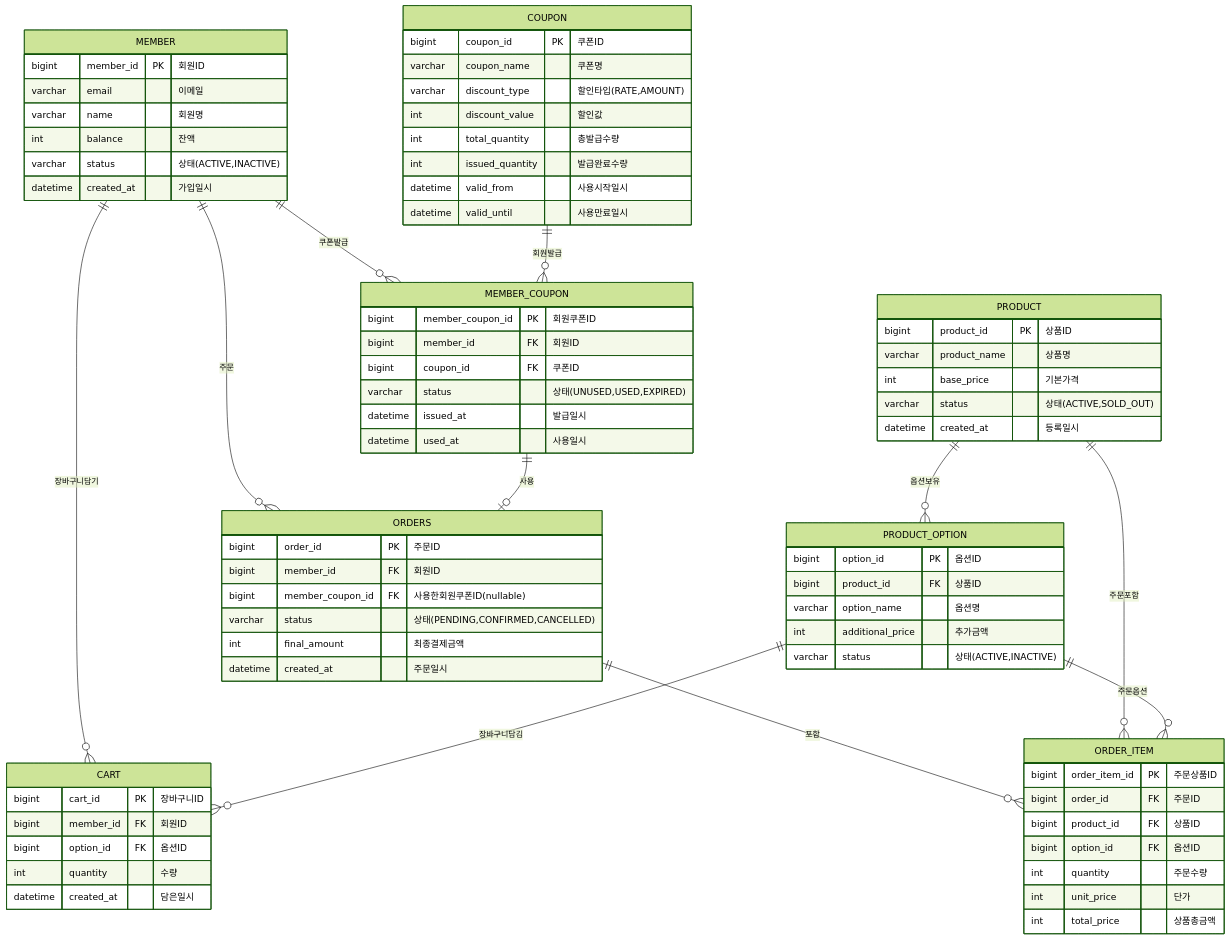
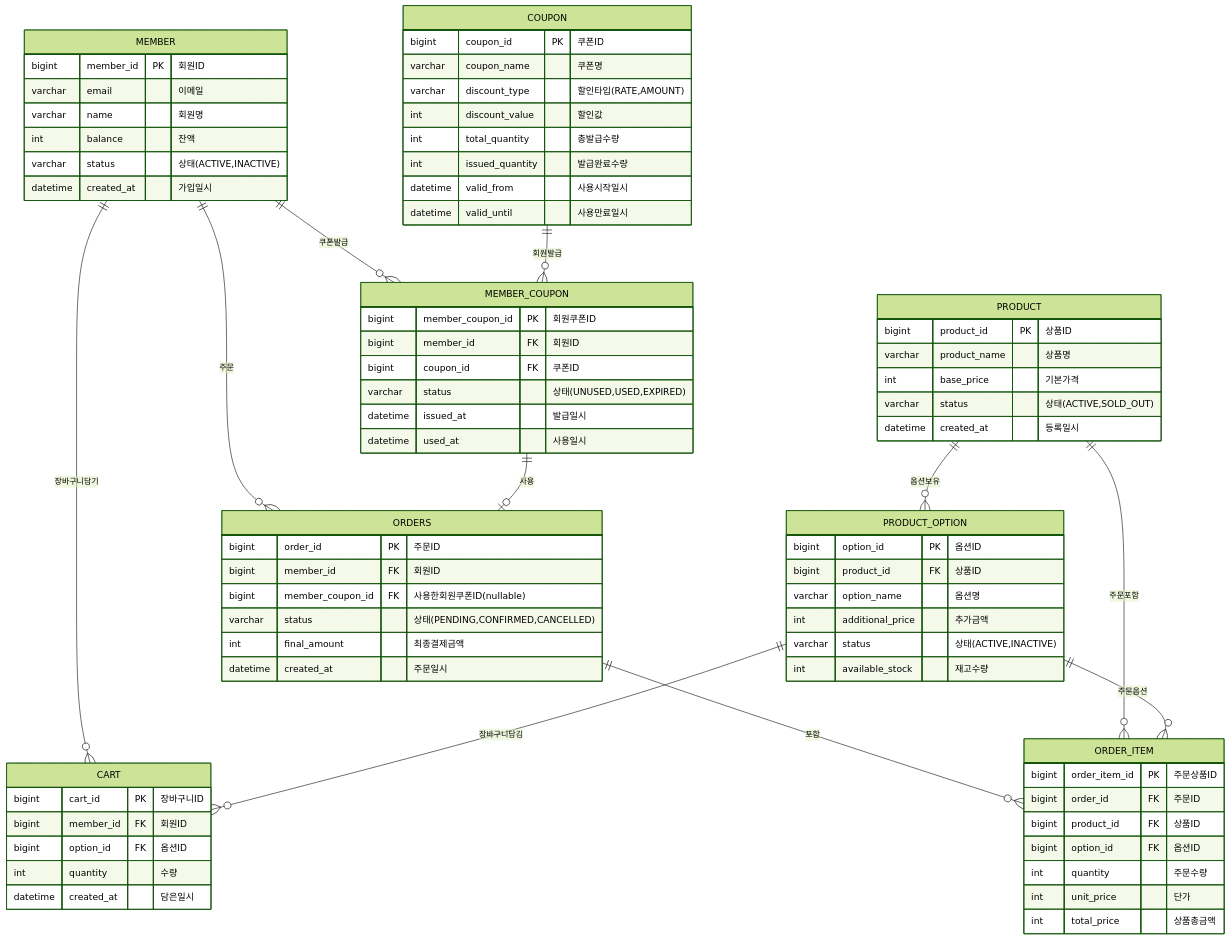
The diagram in docs/erd/erd.mmd (hansu88/tdd-erd), drawn with Mermaid (forest theme) before and after one commit. The commit also changed 2 other files, not shown here.

Commit message:
"chore: 개발에 따른 재고 확인하는 컬럼추가로 인해 erd 및 api spec 수정"

```diff
--- a/docs/erd/erd.mmd
+++ b/docs/erd/erd.mmd
@@ -1,83 +1,84 @@
 erDiagram
     MEMBER {
         bigint member_id PK "회원ID"
         varchar email "이메일"
         varchar name "회원명"
         int balance "잔액"
         varchar status "상태(ACTIVE,INACTIVE)"
         datetime created_at "가입일시"
     }
 
     PRODUCT {
         bigint product_id PK "상품ID"
         varchar product_name "상품명"
         int base_price "기본가격"
         varchar status "상태(ACTIVE,SOLD_OUT)"
         datetime created_at "등록일시"
     }
 
     PRODUCT_OPTION {
         bigint option_id PK "옵션ID"
         bigint product_id FK "상품ID"
         varchar option_name "옵션명"
         int additional_price "추가금액"
         varchar status "상태(ACTIVE,INACTIVE)"
+        int available_stock "재고수량"
     }
 
     CART {
         bigint cart_id PK "장바구니ID"
         bigint member_id FK "회원ID"
         bigint option_id FK "옵션ID"
         int quantity "수량"
         datetime created_at "담은일시"
     }
 
     COUPON {
         bigint coupon_id PK "쿠폰ID"
         varchar coupon_name "쿠폰명"
         varchar discount_type "할인타입(RATE,AMOUNT)"
         int discount_value "할인값"
         int total_quantity "총발급수량"
         int issued_quantity "발급완료수량"
         datetime valid_from "사용시작일시"
         datetime valid_until "사용만료일시"
     }
 
     MEMBER_COUPON {
         bigint member_coupon_id PK "회원쿠폰ID"
         bigint member_id FK "회원ID"
         bigint coupon_id FK "쿠폰ID"
         varchar status "상태(UNUSED,USED,EXPIRED)"
         datetime issued_at "발급일시"
         datetime used_at "사용일시"
     }
 
     ORDERS {
         bigint order_id PK "주문ID"
         bigint member_id FK "회원ID"
         bigint member_coupon_id FK "사용한회원쿠폰ID(nullable)"
         varchar status "상태(PENDING,CONFIRMED,CANCELLED)"
         int final_amount "최종결제금액"
         datetime created_at "주문일시"
     }
 
     ORDER_ITEM {
         bigint order_item_id PK "주문상품ID"
         bigint order_id FK "주문ID"
         bigint product_id FK "상품ID"
         bigint option_id FK "옵션ID"
         int quantity "주문수량"
         int unit_price "단가"
         int total_price "상품총금액"
     }
 
     MEMBER ||--o{ CART : "장바구니담기"
     MEMBER ||--o{ MEMBER_COUPON : "쿠폰발급"
     MEMBER ||--o{ ORDERS : "주문"
     COUPON ||--o{ MEMBER_COUPON : "회원발급"
     MEMBER_COUPON ||--o| ORDERS : "사용"
     ORDERS ||--o{ ORDER_ITEM : "포함"
     PRODUCT ||--o{ PRODUCT_OPTION : "옵션보유"
     PRODUCT_OPTION ||--o{ CART : "장바구니담김"
     PRODUCT ||--o{ ORDER_ITEM : "주문포함"
     PRODUCT_OPTION ||--o{ ORDER_ITEM : "주문옵션"
```
